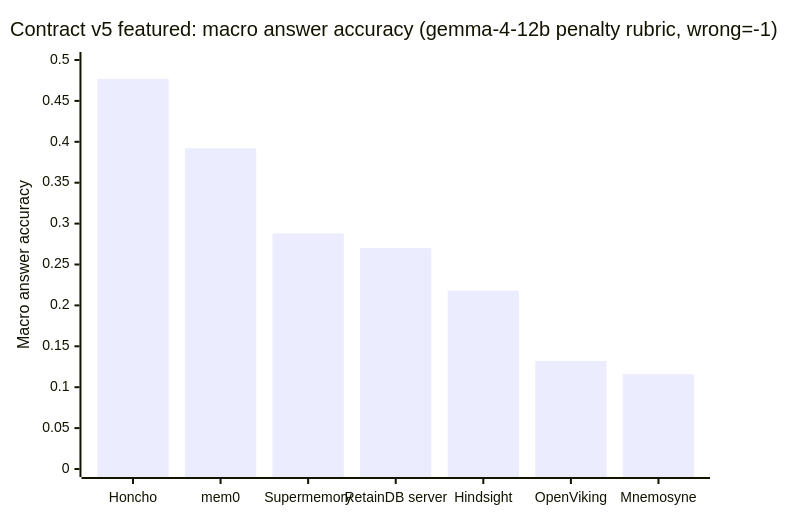
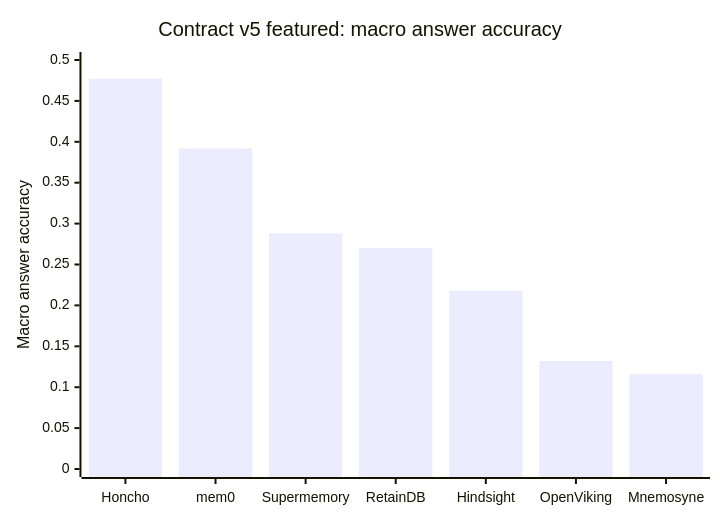
The diagram in README.md (EngTurtle/hermes-memconflict), drawn with Mermaid before and after one commit. The commit also changed other lines of this file and 7 other files, not shown here.

Commit message:
fixed readme graph and added memconflict session view

````diff
--- a/README.md
+++ b/README.md
@@ -105,7 +99,7 @@
 ```mermaid
 xychart-beta
-    title "Contract v5 featured: macro answer accuracy (gemma-4-12b penalty rubric, wrong=-1)"
-    x-axis ["Honcho", "mem0", "Supermemory", "RetainDB server", "Hindsight", "OpenViking", "Mnemosyne"]
+    title "Contract v5 featured: macro answer accuracy"
+    x-axis ["Honcho", "mem0", "Supermemory", "RetainDB", "Hindsight", "OpenViking", "Mnemosyne"]
     y-axis "Macro answer accuracy" 0 --> 0.5
     bar [0.477, 0.392, 0.288, 0.270, 0.218, 0.132, 0.116]
 ```
````
